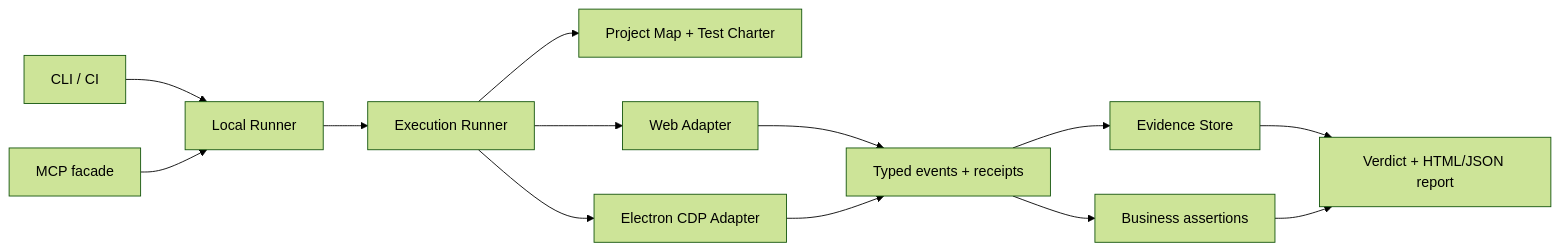
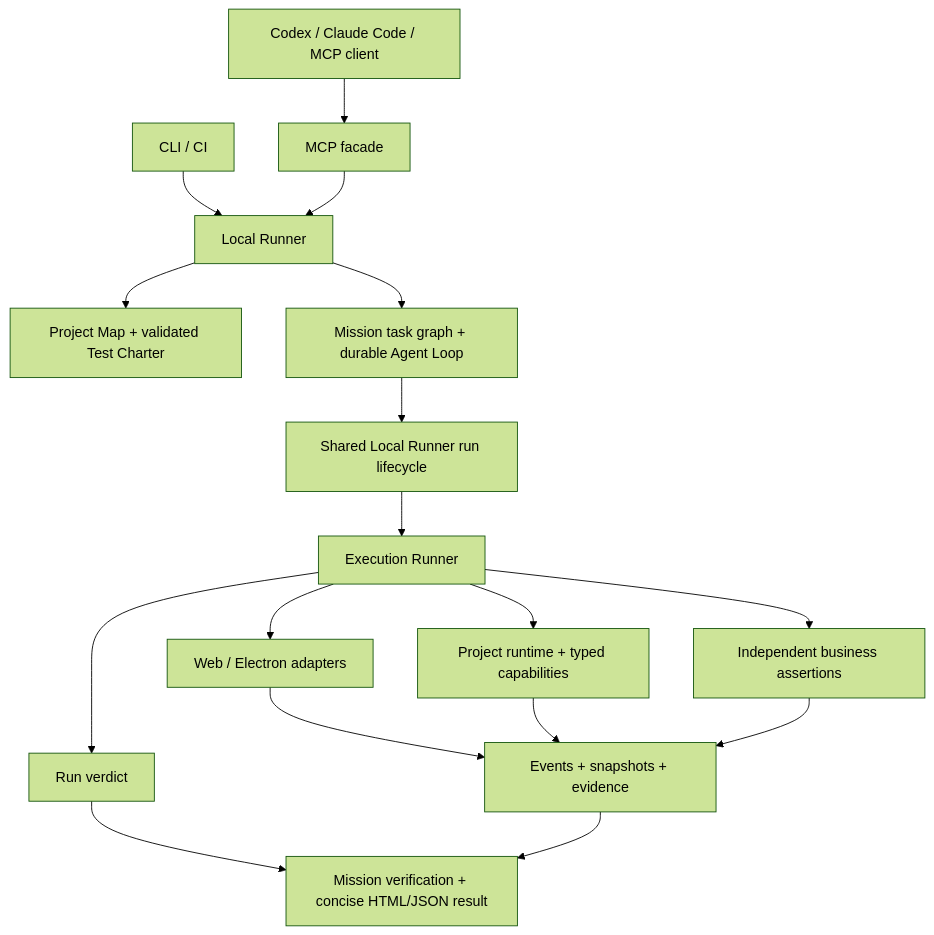
Before and after one commit to shutu-hub/proofkit-ai: the diagram in README.md, drawn with Mermaid (forest theme). The commit also changed other lines of this file and 25 other files, not shown here.

````diff
--- a/README.md
+++ b/README.md
@@ -126,15 +129,19 @@
 ```mermaid
-flowchart LR
+flowchart TD
+  Host[Codex / Claude Code / MCP client] --> MCP[MCP facade]
   CLI[CLI / CI] --> Local[Local Runner]
-  MCP[MCP facade] --> Local
-  Local --> Runner[Execution Runner]
-  Runner --> Planner[Project Map + Test Charter]
-  Runner --> Web[Web Adapter]
-  Runner --> Electron[Electron CDP Adapter]
-  Web --> Events[Typed events + receipts]
-  Electron --> Events
-  Events --> Evidence[Evidence Store]
-  Events --> Oracle[Business assertions]
-  Evidence --> Verdict[Verdict + HTML/JSON report]
-  Oracle --> Verdict
+  MCP --> Local
+  Local --> Plan[Project Map + validated Test Charter]
+  Local --> Agent[Mission task graph + durable Agent Loop]
+  Agent --> Runs[Shared Local Runner run lifecycle]
+  Runs --> Runner[Execution Runner]
+  Runner --> Surfaces[Web / Electron adapters]
+  Runner --> Runtime[Project runtime + typed capabilities]
+  Runner --> Oracle[Independent business assertions]
+  Surfaces --> Evidence[Events + snapshots + evidence]
+  Runtime --> Evidence
+  Oracle --> Evidence
+  Runner --> Verdict[Run verdict]
+  Verdict --> Result[Mission verification + concise HTML/JSON result]
+  Evidence --> Result
 ```
````
